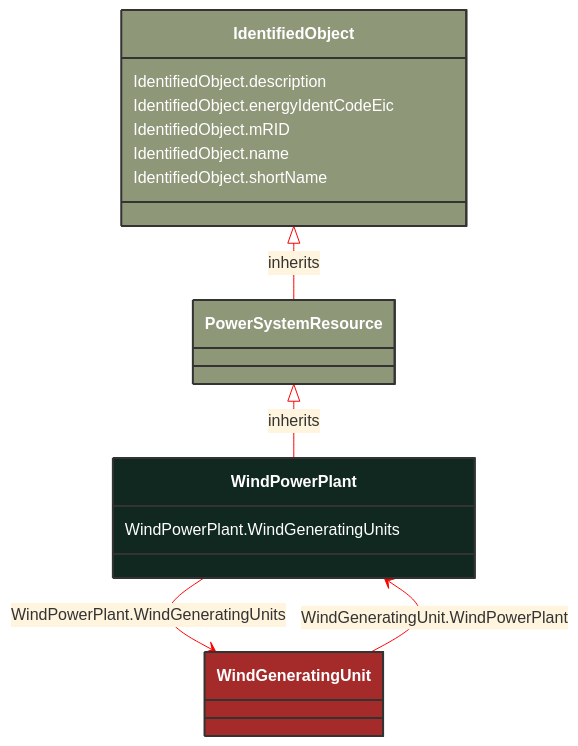
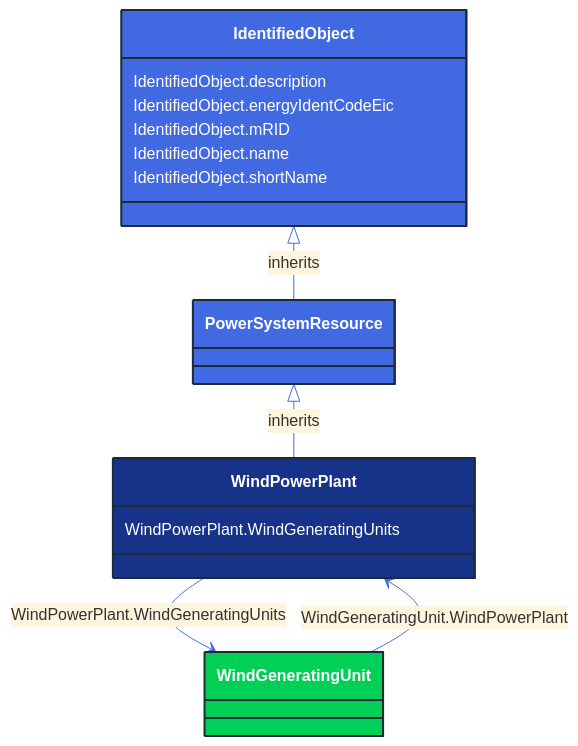
One commit to 3lbits/NoCIMExtensions changed the diagram in docs/Models/Profiles/CoreEquipment/ConcreteClasses/WindPowerPlant.md. Above: the diagram before and after it, drawn with Mermaid. The commit also changed 362 other files, not shown here.

First line of the commit message:
Update diagrams and styles for improved visual consistency

````diff
--- a/docs/Models/Profiles/CoreEquipment/ConcreteClasses/WindPowerPlant.md
+++ b/docs/Models/Profiles/CoreEquipment/ConcreteClasses/WindPowerPlant.md
@@ -8,35 +8,35 @@
 ```mermaid
-%%{init: {'theme':'base','themeVariables': {'lineColor': '#FF0000'}}}%%
+%%{init: {'theme':'base','themeVariables': {'lineColor': '#4169E1'}}}%%
 classDiagram
     class WindPowerPlant
     click WindPowerPlant href "/Models/Profiles/CoreEquipment/ConcreteClasses/WindPowerPlant/"
-    style WindPowerPlant fill:#102820,stroke:#333,stroke-width:2px,rx:10,ry:10,color:white
+    style WindPowerPlant fill:#163289,stroke:#1F2A37,stroke-width:2px,rx:10,ry:10,color:white
      
         PowerSystemResource <|-- WindPowerPlant : inherits
             click PowerSystemResource href "/Models/Profiles/CoreEquipment/AbstractClasses/PowerSystemResource/"
-            style PowerSystemResource fill:#8F9779,stroke:#333,stroke-width:2px,rx:10,ry:10,color:white
+            style PowerSystemResource fill:#4169E1,stroke:#1F2A37,stroke-width:2px,rx:10,ry:10,color:white
      
         IdentifiedObject <|-- PowerSystemResource : inherits
             click IdentifiedObject href "/Models/Profiles/CoreEquipment/AbstractClasses/IdentifiedObject/"
-            style IdentifiedObject fill:#8F9779,stroke:#333,stroke-width:2px,rx:10,ry:10,color:white
+            style IdentifiedObject fill:#4169E1,stroke:#1F2A37,stroke-width:2px,rx:10,ry:10,color:white
 
         WindPowerPlant --> WindGeneratingUnit : WindPowerPlant.WindGeneratingUnits
 
         WindGeneratingUnit
             click WindGeneratingUnit href "/Models/Profiles/CoreEquipment/ConcreteClasses/WindGeneratingUnit/"
-            style WindGeneratingUnit fill:#A52A2A,stroke:#333,stroke-width:2px,rx:10,ry:10,color:white
+            style WindGeneratingUnit fill:#00D156,stroke:#1F2A37,stroke-width:2px,rx:10,ry:10,color:white
 
         WindGeneratingUnit --> WindPowerPlant : WindGeneratingUnit.WindPowerPlant
 
         WindGeneratingUnit
             click WindGeneratingUnit href "/Models/Profiles/CoreEquipment/ConcreteClasses/WindGeneratingUnit/"
-            style WindGeneratingUnit fill:#A52A2A,stroke:#333,stroke-width:2px,rx:10,ry:10,color:white
+            style WindGeneratingUnit fill:#00D156,stroke:#1F2A37,stroke-width:2px,rx:10,ry:10,color:white
 
 
         WindPowerPlant : WindPowerPlant.WindGeneratingUnits
         IdentifiedObject : IdentifiedObject.description
         IdentifiedObject : IdentifiedObject.energyIdentCodeEic
         IdentifiedObject : IdentifiedObject.mRID
         IdentifiedObject : IdentifiedObject.name
         IdentifiedObject : IdentifiedObject.shortName
 ```
````
